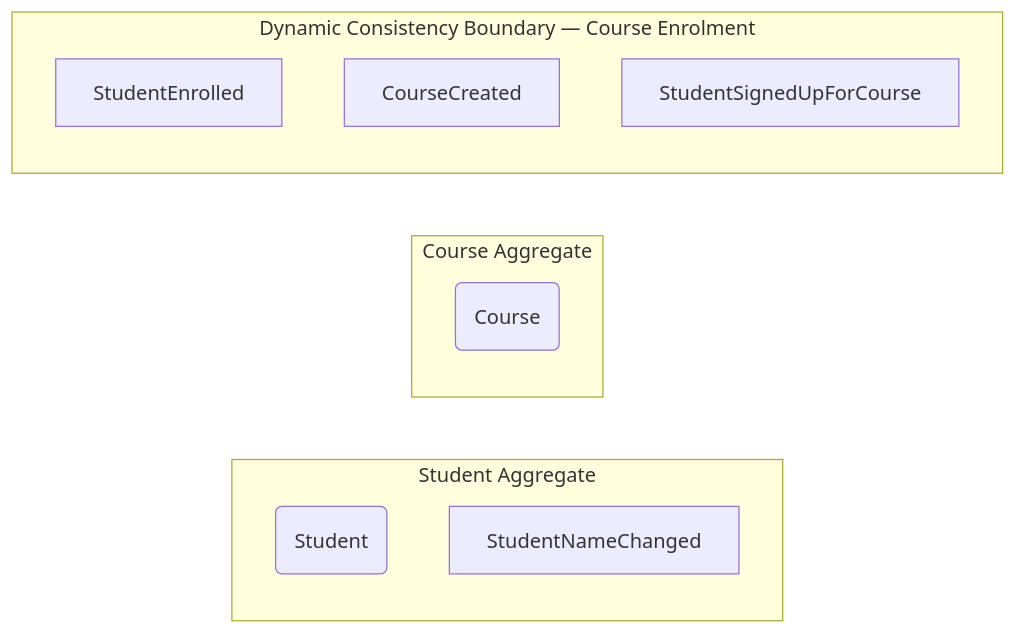
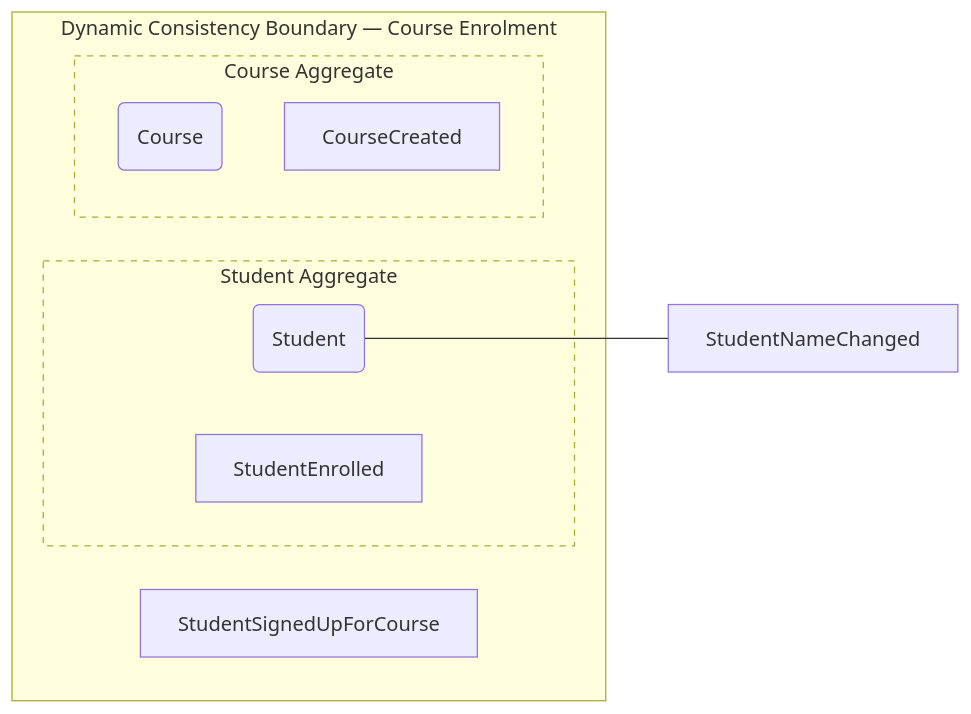
One commit to albe/node-event-storage changed the second of 2 diagrams in docs/dcb.md. Above: the diagram before and after it, drawn with Mermaid. The commit also changed other lines of this file, not shown here.

Commit message:
docs: update DCB diagram to show aggregate boxes intersecting the DCB boundary
Agent-Logs-Url: https://github.com/albe/node-event-storage/sessions/920b91a8-fb63-4452-bae9-3f5d15575887

````diff
--- a/docs/dcb.md
+++ b/docs/dcb.md
@@ -38,15 +38,18 @@
 ```mermaid
 graph LR
-    subgraph SA["Student Aggregate"]
-        S(Student)
-        SNC[StudentNameChanged]
+    SNC[StudentNameChanged]
+    subgraph DCB["Dynamic Consistency Boundary — Course Enrolment"]
+        subgraph SA["Student Aggregate"]
+            S(Student)
+            SE[StudentEnrolled]
+        end
+        SSFC[StudentSignedUpForCourse]
+        subgraph CA["Course Aggregate"]
+            C(Course)
+            CC[CourseCreated]
+        end
     end
-    subgraph CA["Course Aggregate"]
-        C(Course)
-    end
-    subgraph DCB["Dynamic Consistency Boundary — Course Enrolment"]
-        SE[StudentEnrolled]
-        CC[CourseCreated]
-        SSFC[StudentSignedUpForCourse]
-    end
+    S --- SNC
+    style SA stroke-dasharray: 5 5
+    style CA stroke-dasharray: 5 5
 ```
````
